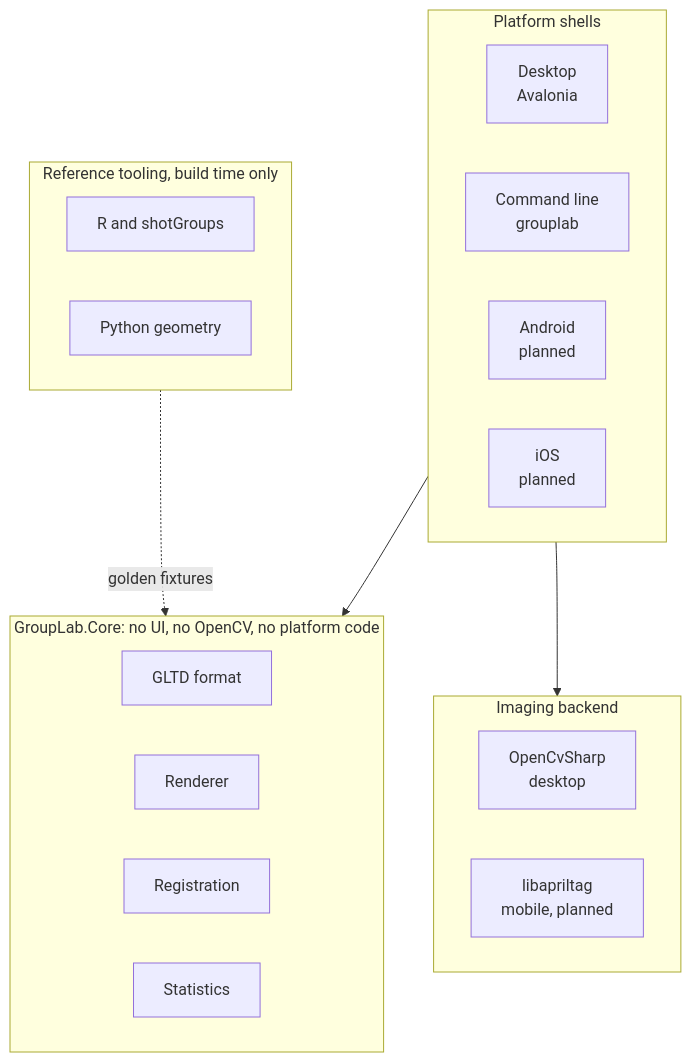
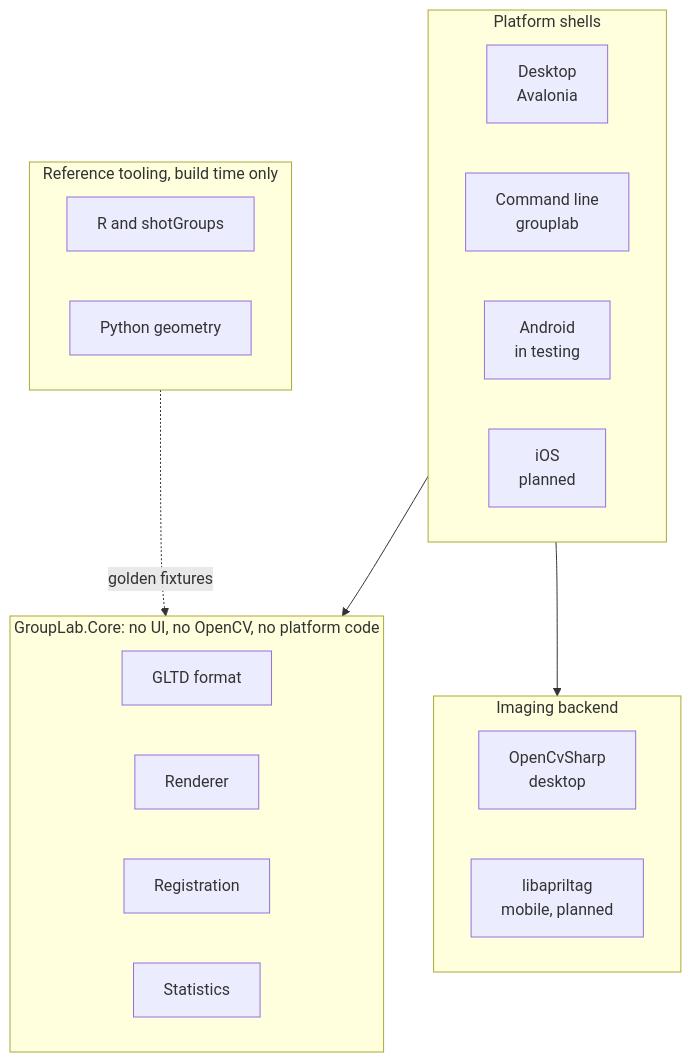
Before and after one commit to oRAirwolf/grouplab: the second of 2 diagrams in README.md, drawn with Mermaid. The commit also changed other lines of this file and 14 other files, not shown here.

````diff
--- a/README.md
+++ b/README.md
@@ -128,34 +193,34 @@
 ```mermaid
 flowchart TB
     subgraph shells["Platform shells"]
         direction LR
         APP["Desktop<br/>Avalonia"]
         CLI["Command line<br/>grouplab"]
-        AND["Android<br/>planned"]
+        AND["Android<br/>in testing"]
         IOS["iOS<br/>planned"]
     end
 
     subgraph img["Imaging backend"]
         direction LR
         CV["OpenCvSharp<br/>desktop"]
         AT["libapriltag<br/>mobile, planned"]
     end
 
     subgraph core["GroupLab.Core: no UI, no OpenCV, no platform code"]
         direction LR
         FMT["GLTD format"]
         REN["Renderer"]
         REG["Registration"]
         STAT["Statistics"]
     end
 
     subgraph ref["Reference tooling, build time only"]
         direction LR
         RR["R and shotGroups"]
         PY["Python geometry"]
     end
 
     shells --> core
     shells --> img
     ref -.->|"golden fixtures"| core
 ```
````
